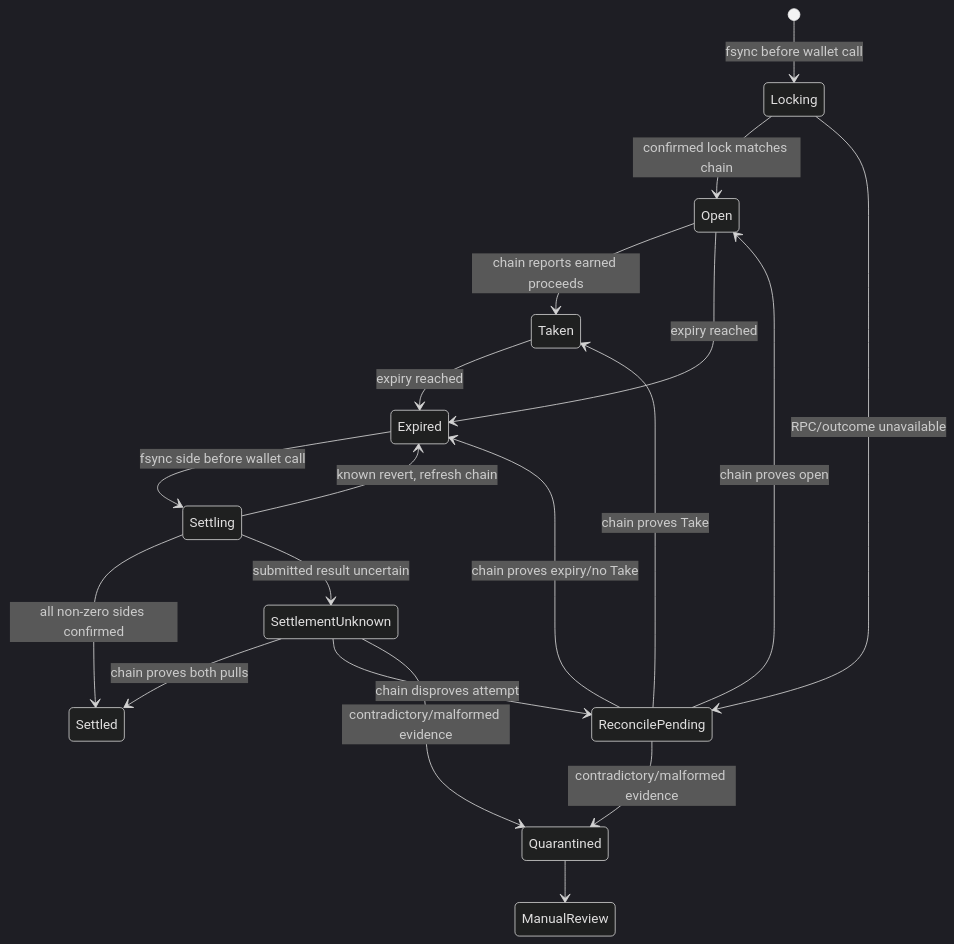
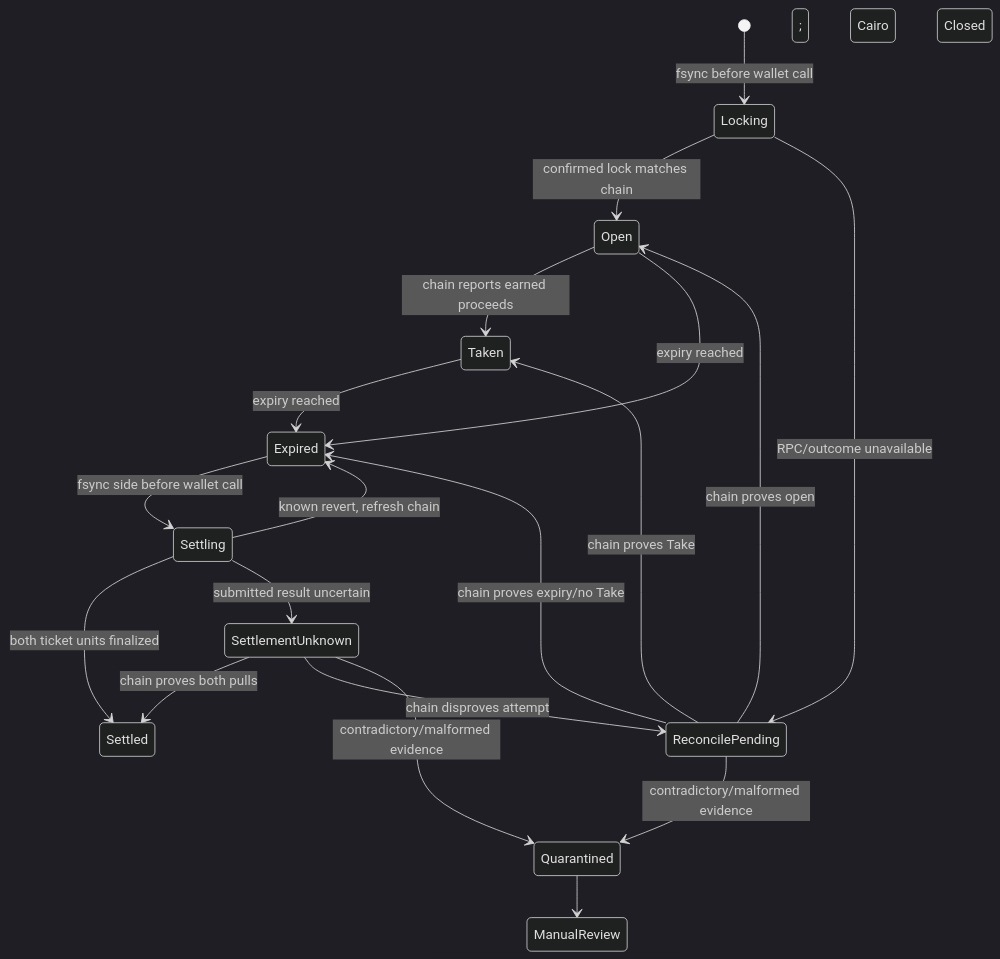
One commit to gstohl/app20 changed the fourth of 8 diagrams in README.md. Above: the diagram before and after it, drawn with Mermaid (dark theme). The commit also changed other lines of this file and 45 other files, not shown here.

````diff
--- a/README.md
+++ b/README.md
@@ -190,21 +204,21 @@
 ```mermaid
 stateDiagram-v2
     [*] --> Locking: fsync before wallet call
     Locking --> Open: confirmed lock matches chain
     Locking --> ReconcilePending: RPC/outcome unavailable
     Open --> Taken: chain reports earned proceeds
     Open --> Expired: expiry reached
     Taken --> Expired: expiry reached
     Expired --> Settling: fsync side before wallet call
-    Settling --> Settled: all non-zero sides confirmed
+    Settling --> Settled: both ticket units finalized; Cairo Closed
     Settling --> Expired: known revert, refresh chain
     Settling --> SettlementUnknown: submitted result uncertain
     ReconcilePending --> Open: chain proves open
     ReconcilePending --> Taken: chain proves Take
     ReconcilePending --> Expired: chain proves expiry/no Take
     SettlementUnknown --> Settled: chain proves both pulls
     SettlementUnknown --> ReconcilePending: chain disproves attempt
     ReconcilePending --> Quarantined: contradictory/malformed evidence
     SettlementUnknown --> Quarantined: contradictory/malformed evidence
     Quarantined --> ManualReview
 ```
````
